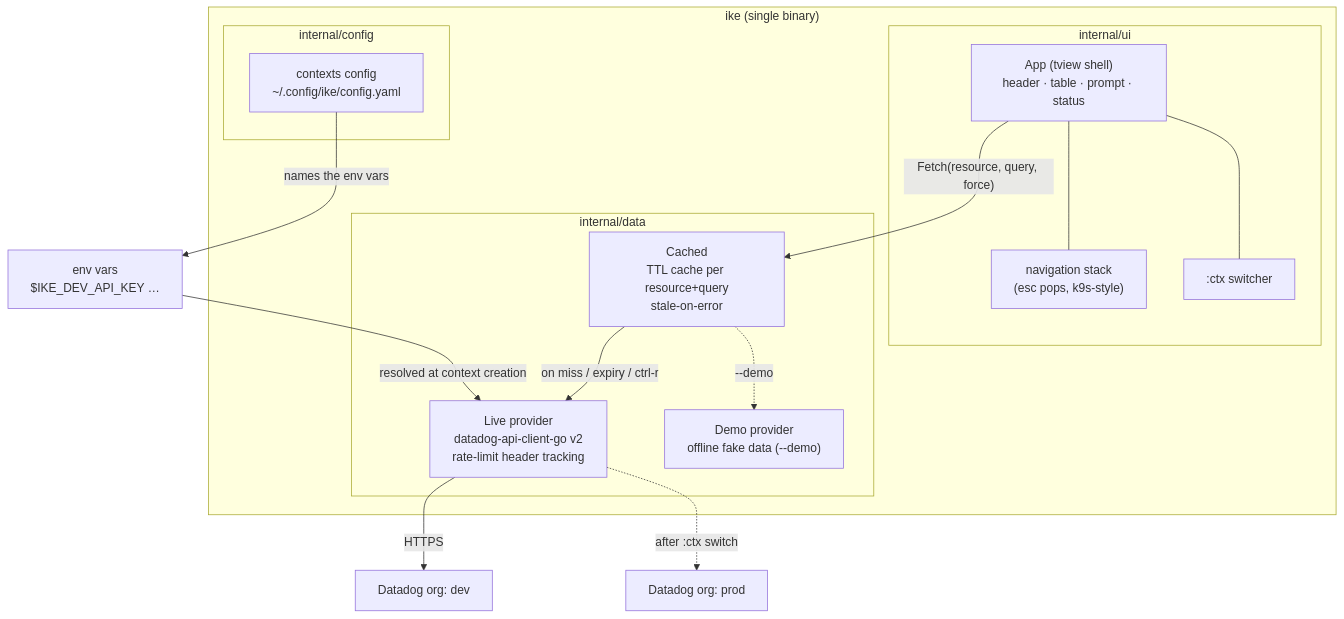
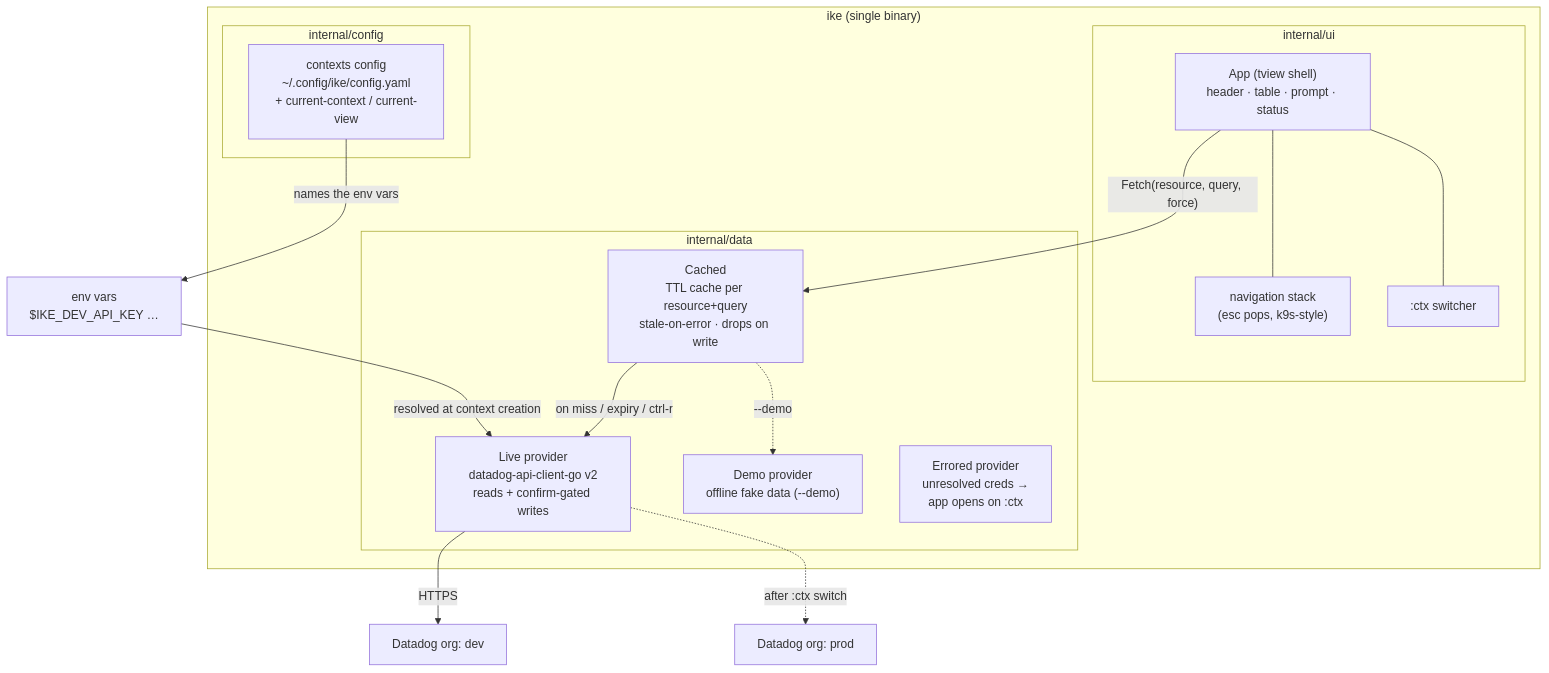
The first of 4 diagrams in docs/ARCHITECTURE.md (Cesarsk/ike), drawn with Mermaid before and after one commit. The commit also changed other lines of this file and 3 other files, not shown here.

````diff
--- a/docs/ARCHITECTURE.md
+++ b/docs/ARCHITECTURE.md
@@ -11,31 +11,32 @@
 ```mermaid
 flowchart TB
     subgraph terminal["ike (single binary)"]
         subgraph uiL["internal/ui"]
             APP["App (tview shell)<br/>header · table · prompt · status"]
             NAV["navigation stack<br/>(esc pops, k9s-style)"]
             CTX[":ctx switcher"]
             APP --- NAV
             APP --- CTX
         end
         subgraph dataL["internal/data"]
-            CACHE["Cached<br/>TTL cache per resource+query<br/>stale-on-error"]
-            LIVE["Live provider<br/>datadog-api-client-go v2<br/>rate-limit header tracking"]
+            CACHE["Cached<br/>TTL cache per resource+query<br/>stale-on-error · drops on write"]
+            LIVE["Live provider<br/>datadog-api-client-go v2<br/>reads + confirm-gated writes"]
             DEMO["Demo provider<br/>offline fake data (--demo)"]
+            ERR["Errored provider<br/>unresolved creds →<br/>app opens on :ctx"]
         end
         subgraph cfgL["internal/config"]
-            CFG["contexts config<br/>~/.config/ike/config.yaml"]
+            CFG["contexts config<br/>~/.config/ike/config.yaml<br/>+ current-context / current-view"]
         end
     end
     ENV["env vars<br/>$IKE_DEV_API_KEY …"]
     DD1["Datadog org: dev"]
     DD2["Datadog org: prod"]
 
     APP -->|"Fetch(resource, query, force)"| CACHE
     CACHE -->|"on miss / expiry / ctrl-r"| LIVE
     CACHE -.->|"--demo"| DEMO
     CFG -->|"names the env vars"| ENV
     ENV -->|"resolved at context creation"| LIVE
     LIVE -->|HTTPS| DD1
     LIVE -.->|"after :ctx switch"| DD2
 ```
````
